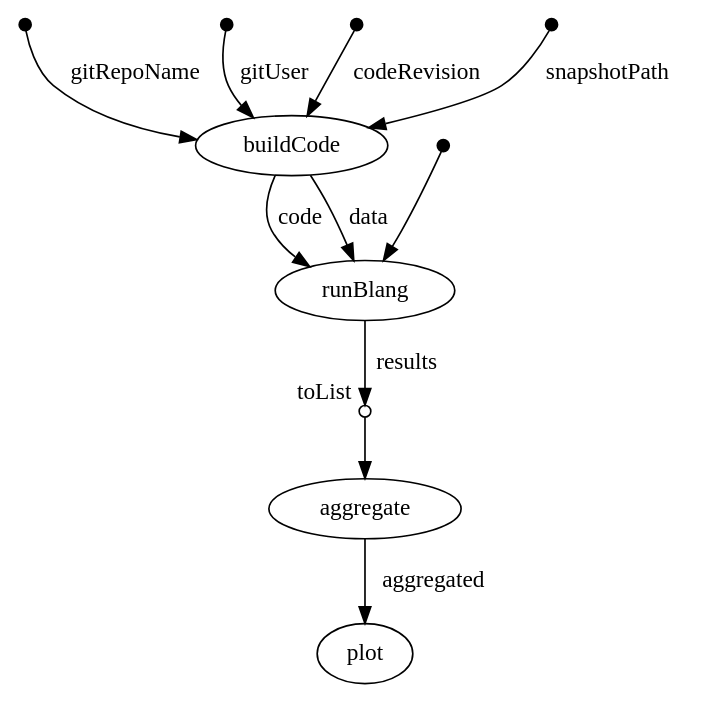
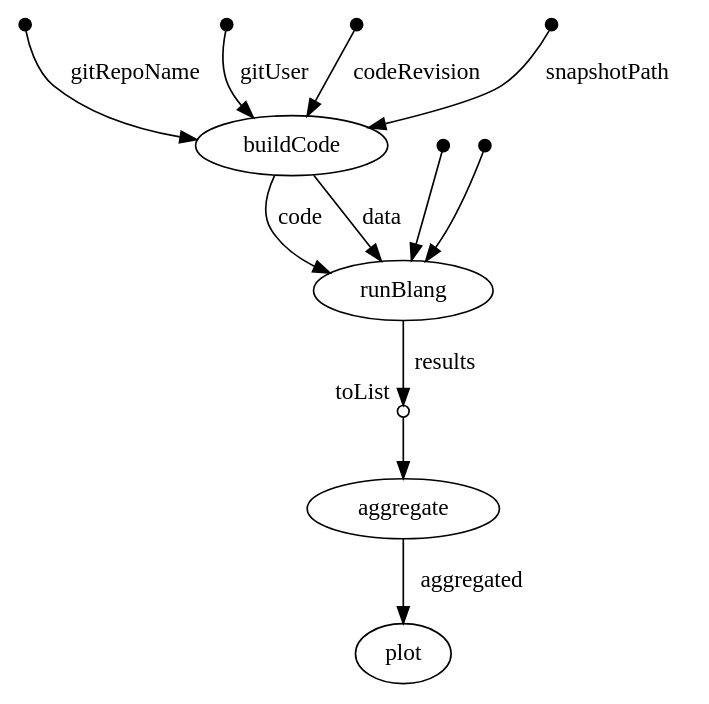
Before and after one commit to UBC-Stat-ML/iscm-nextflow: the diagram in dag.dot, drawn with Graphviz. The commit also changed 44 other files, not shown here.

```diff
--- a/dag.dot
+++ b/dag.dot
@@ -1,42 +1,46 @@
 digraph "dag" {
 p0 [shape=point,label="",fixedsize=true,width=0.1];
 p4 [label="buildCode"];
 p0 -> p4 [label="gitRepoName"];
 
 p1 [shape=point,label="",fixedsize=true,width=0.1];
 p4 [label="buildCode"];
 p1 -> p4 [label="gitUser"];
 
 p2 [shape=point,label="",fixedsize=true,width=0.1];
 p4 [label="buildCode"];
 p2 -> p4 [label="codeRevision"];
 
 p3 [shape=point,label="",fixedsize=true,width=0.1];
 p4 [label="buildCode"];
 p3 -> p4 [label="snapshotPath"];
 
 p4 [label="buildCode"];
-p6 [label="runBlang"];
-p4 -> p6 [label="code"];
+p7 [label="runBlang"];
+p4 -> p7 [label="code"];
 
 p4 [label="buildCode"];
-p6 [label="runBlang"];
-p4 -> p6 [label="data"];
+p7 [label="runBlang"];
+p4 -> p7 [label="data"];
 
 p5 [shape=point,label="",fixedsize=true,width=0.1];
-p6 [label="runBlang"];
-p5 -> p6;
+p7 [label="runBlang"];
+p5 -> p7;
 
-p6 [label="runBlang"];
-p7 [shape=circle,label="",fixedsize=true,width=0.1,xlabel="toList"];
-p6 -> p7 [label="results"];
+p6 [shape=point,label="",fixedsize=true,width=0.1];
+p7 [label="runBlang"];
+p6 -> p7;
 
-p7 [shape=circle,label="",fixedsize=true,width=0.1,xlabel="toList"];
-p8 [label="aggregate"];
-p7 -> p8;
+p7 [label="runBlang"];
+p8 [shape=circle,label="",fixedsize=true,width=0.1,xlabel="toList"];
+p7 -> p8 [label="results"];
 
-p8 [label="aggregate"];
-p9 [label="plot"];
-p8 -> p9 [label="aggregated"];
+p8 [shape=circle,label="",fixedsize=true,width=0.1,xlabel="toList"];
+p9 [label="aggregate"];
+p8 -> p9;
+
+p9 [label="aggregate"];
+p10 [label="plot"];
+p9 -> p10 [label="aggregated"];
 
 }
```
